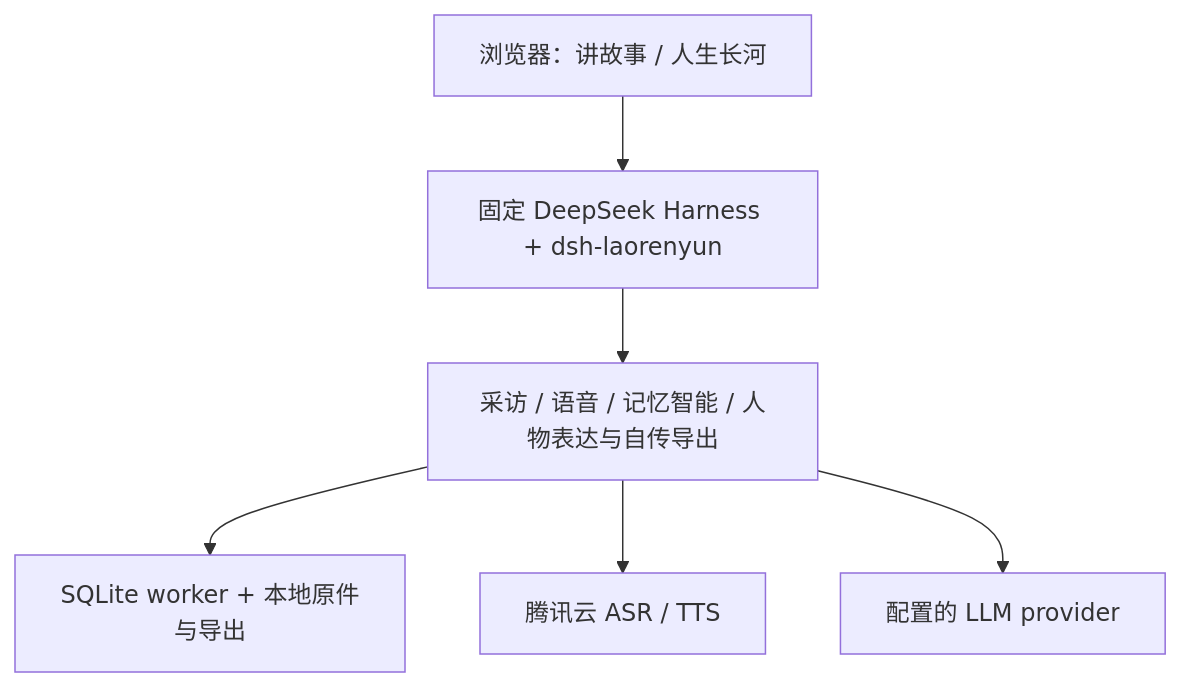
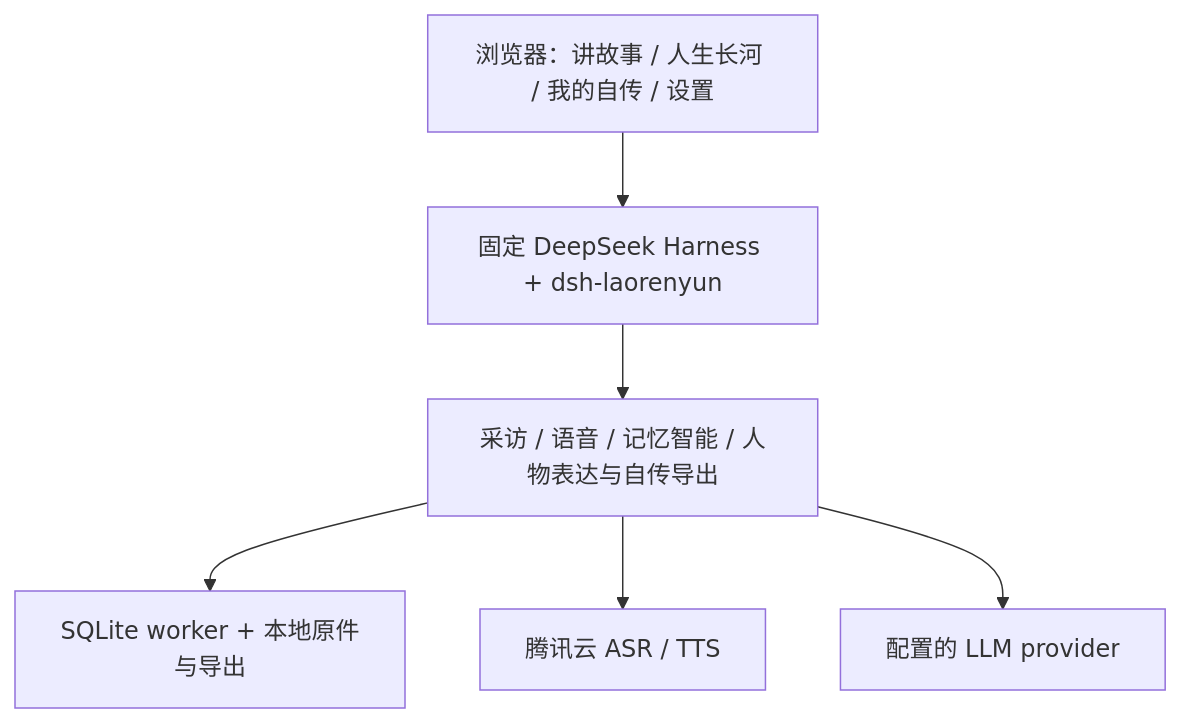
One commit to Develata/laorenyun changed the diagram in README.md. Above: the diagram before and after it, drawn with Mermaid. The commit also changed other lines of this file and 21 other files, not shown here.

````diff
--- a/README.md
+++ b/README.md
@@ -22,8 +22,8 @@
 ```mermaid
 flowchart TD
-  Web[浏览器：讲故事 / 人生长河] --> DSH[固定 DeepSeek Harness + dsh-laorenyun]
+  Web[浏览器：讲故事 / 人生长河 / 我的自传 / 设置] --> DSH[固定 DeepSeek Harness + dsh-laorenyun]
   DSH --> Business[采访 / 语音 / 记忆智能 / 人物表达与自传导出]
   Business --> Local[SQLite worker + 本地原件与导出]
   Business --> Tencent[腾讯云 ASR / TTS]
   Business --> Model[配置的 LLM provider]
 ```
````
